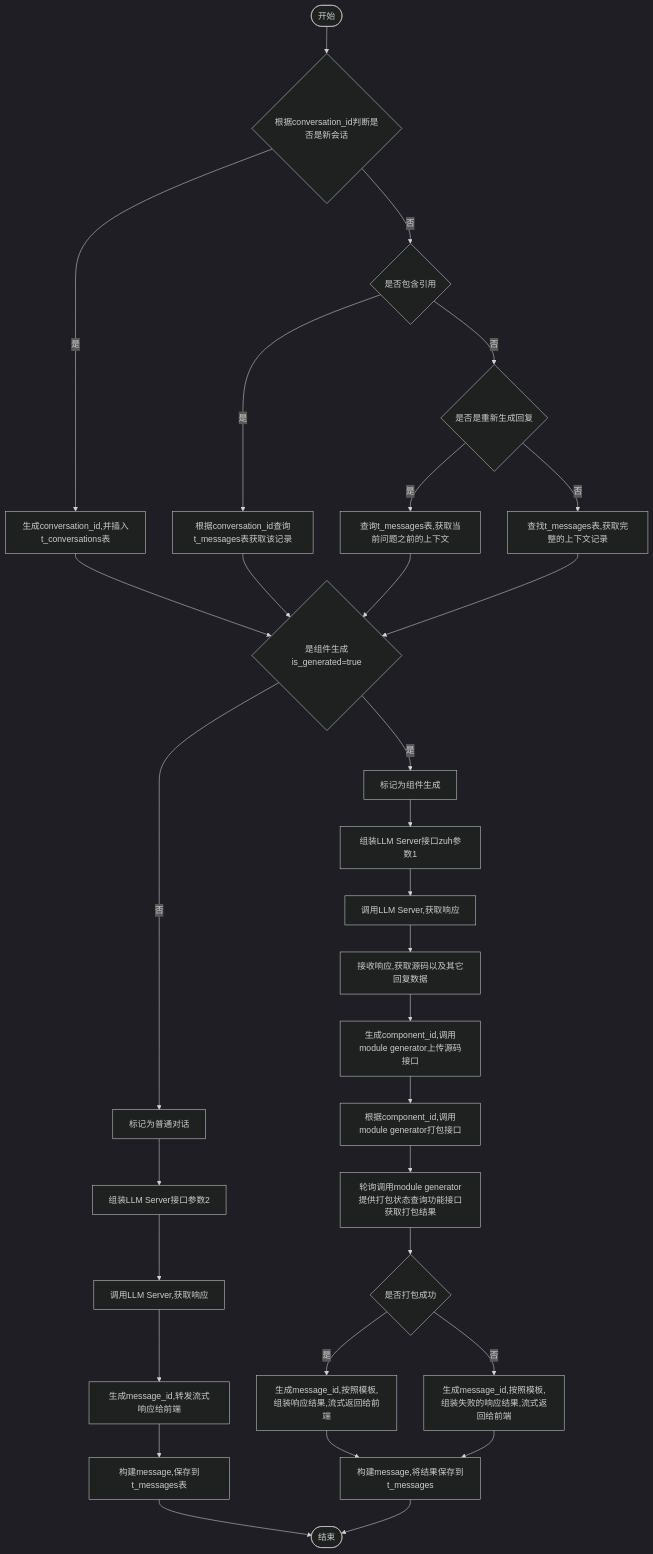
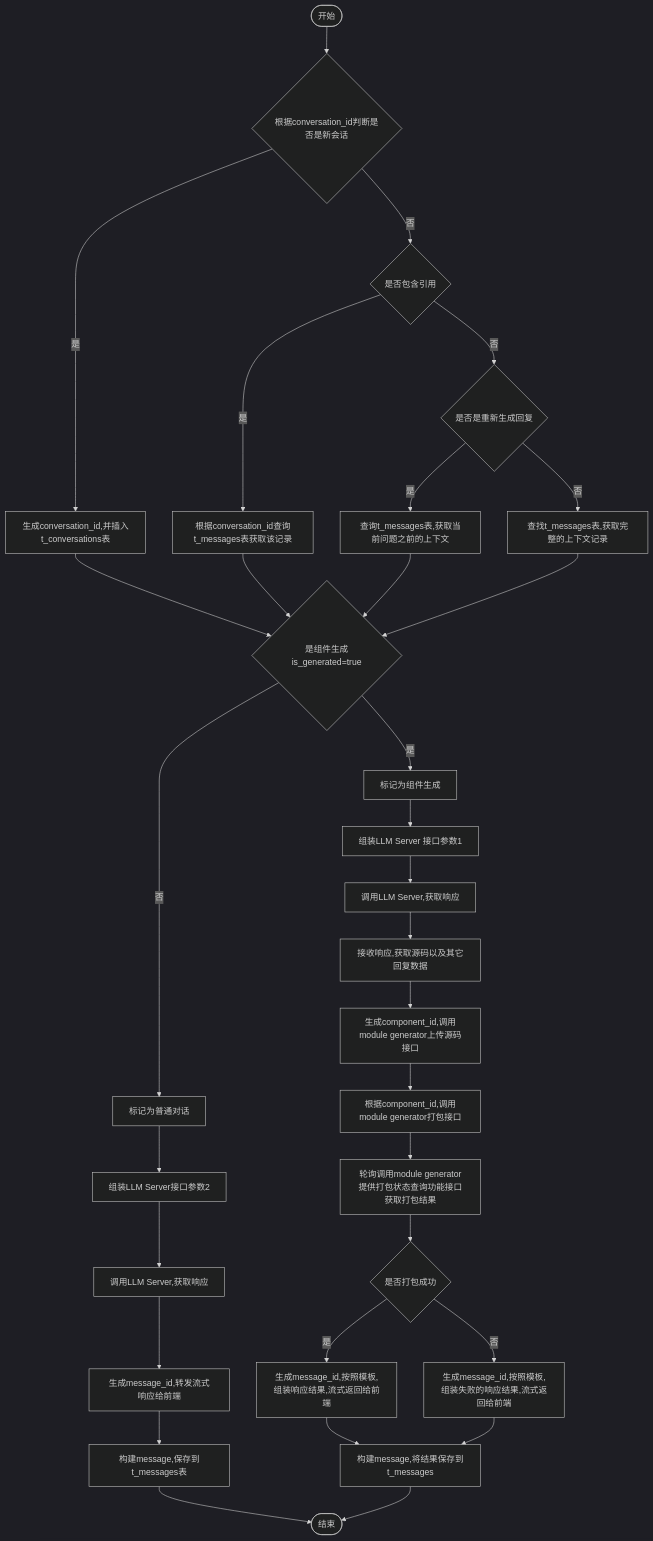
One commit to yingjianzh/iodraw-files changed the diagram in all/v0.1.0会话.md. Above: the diagram before and after it, drawn with Mermaid (dark theme).

Commit message:
2024-10-12 17:18:01 update

````diff
--- a/all/v0.1.0会话.md
+++ b/all/v0.1.0会话.md
@@ -1,34 +1,34 @@
 ```mermaid
 flowchart TD
     A([开始]) --> B{根据conversation_id判断是否是新会话}
     B -- 是 --> C[生成conversation_id,并插入t_conversations表]
     B -- 否 --> D{是否包含引用}
     D -- 是 --> E[根据conversation_id查询t_messages表获取该记录]
     D -- 否 --> F{是否是重新生成回复}
     F -- 是 --> G[查询t_messages表,获取当前问题之前的上下文]
     F -- 否 --> H[查找t_messages表,获取完整的上下文记录]
      
     C & E & G & H --> I{是组件生成is_generated=true}
     I -- 是 --> J[标记为组件生成]
     I -- 否 --> K[标记为普通对话]
 
-    J --> L[组装LLM Server接口zuh参数1]    
+    J --> L[组装LLM Server 接口参数1]    
     K --> M[组装LLM Server接口参数2]    
     M --> N[调用LLM Server,获取响应]    
     N --> O[生成message_id,转发流式响应给前端]
     O --> P[构建message,保存到t_messages表]
     P --> R([结束])
 
 
     L --> S[调用LLM Server,获取响应]
     S --> T[接收响应,获取源码以及其它回复数据]
     T --> U[生成component_id,调用module generator上传源码接口]
     U --> V[根据component_id,调用module generator打包接口]
     V --> W[轮询调用module generator提供打包状态查询功能接口获取打包结果]
     W --> X{是否打包成功}
     X -- 是 --> Y[生成message_id,按照模板,组装响应结果,流式返回给前端]
     X -- 否 --> Z[生成message_id,按照模板,组装失败的响应结果,流式返回给前端]
 
     Y & Z --> Result[构建message,将结果保存到t_messages]
     Result --> R
 ```
````
